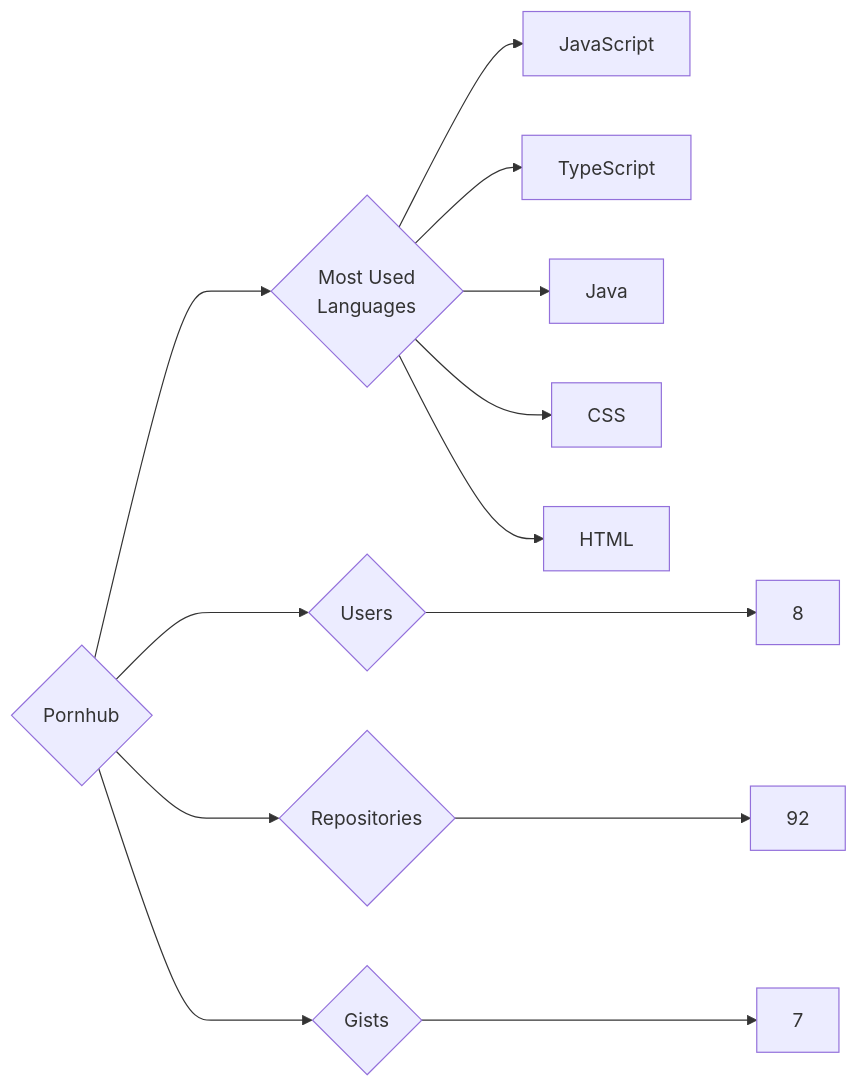
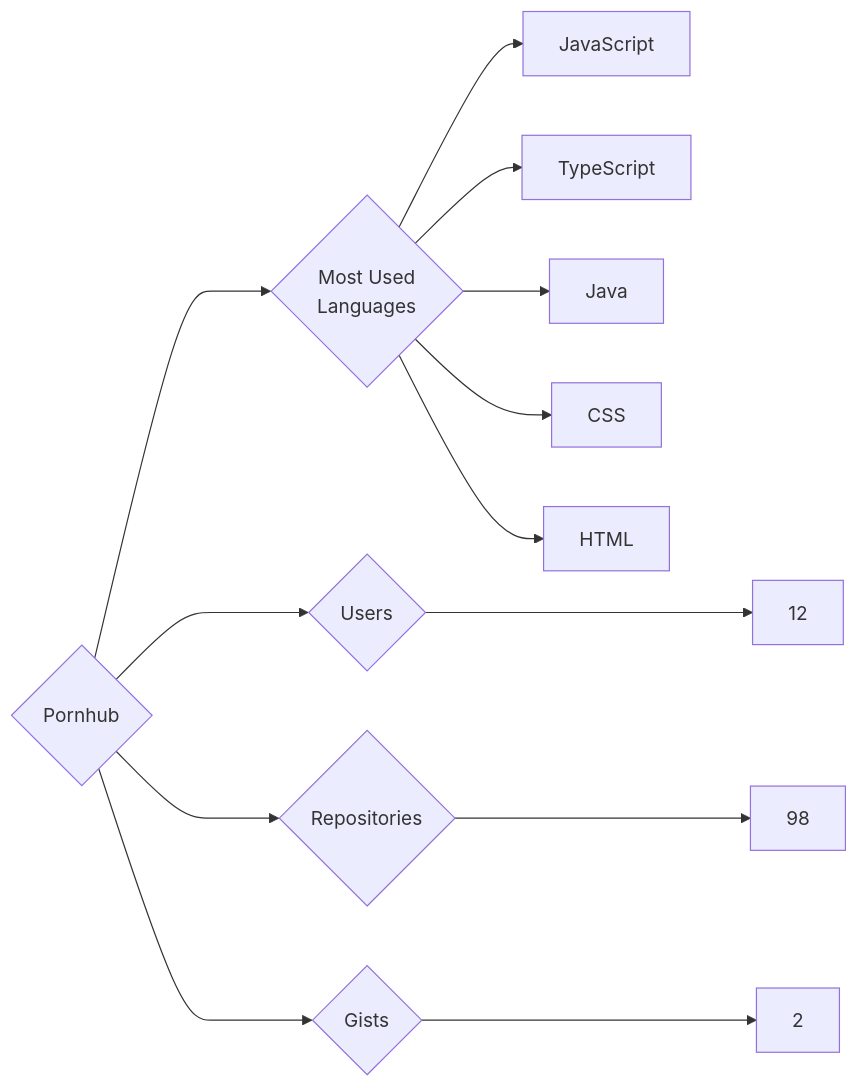
One commit to trickest/insiders changed the diagram in targets/Pornhub/README.md. Above: the diagram before and after it, drawn with Mermaid. The commit also changed 928 other files, not shown here.

````diff
--- a/targets/Pornhub/README.md
+++ b/targets/Pornhub/README.md
@@ -3,13 +3,13 @@
 ```mermaid
 graph LR
 COMPANY_NAME{Pornhub}
-COMPANY_NAME ---> U{Users} ---> UN[8]
-COMPANY_NAME ---> R{Repositories} ---> RN[92]
-COMPANY_NAME ---> G{Gists} ---> GN[7]
+COMPANY_NAME ---> U{Users} ---> UN[12]
+COMPANY_NAME ---> R{Repositories} ---> RN[98]
+COMPANY_NAME ---> G{Gists} ---> GN[2]
 COMPANY_NAME ---> ML{Most Used<br>Languages}
 ML --> JavaScript[JavaScript]
 ML --> TypeScript[TypeScript]
 ML --> Java[Java]
 ML --> CSS[CSS]
 ML --> HTML[HTML]
 ```
````
